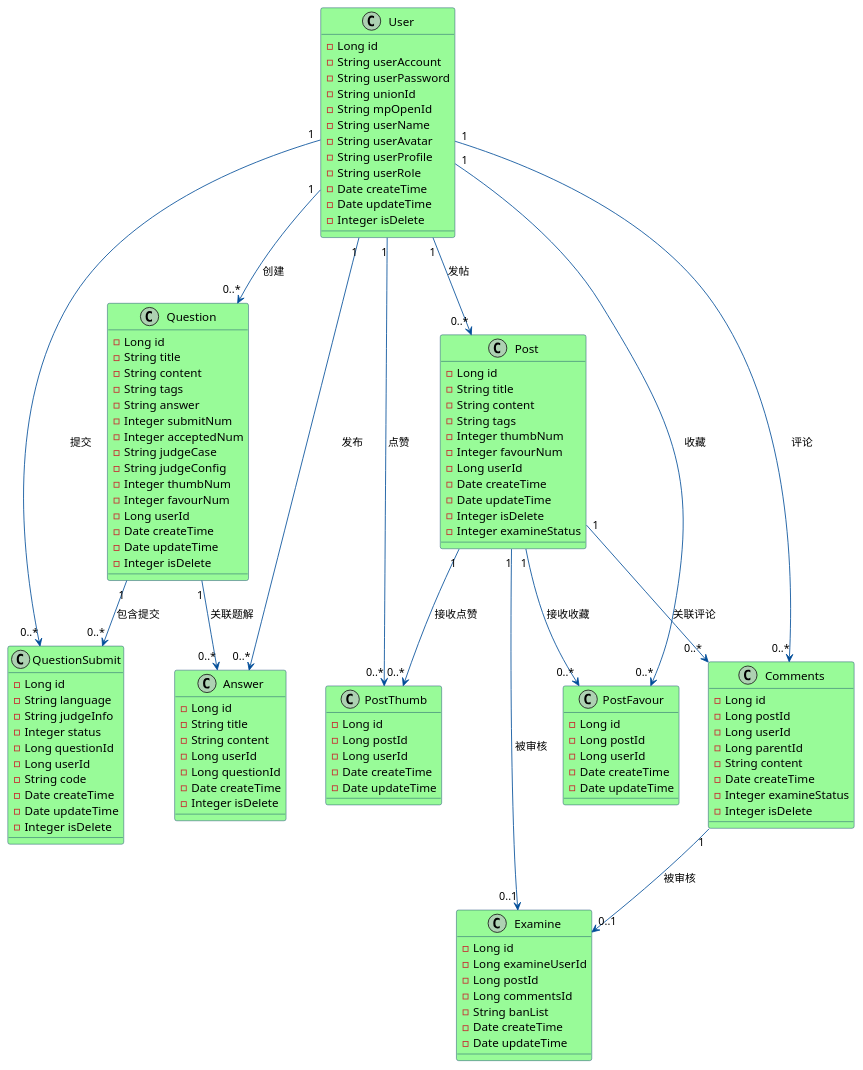
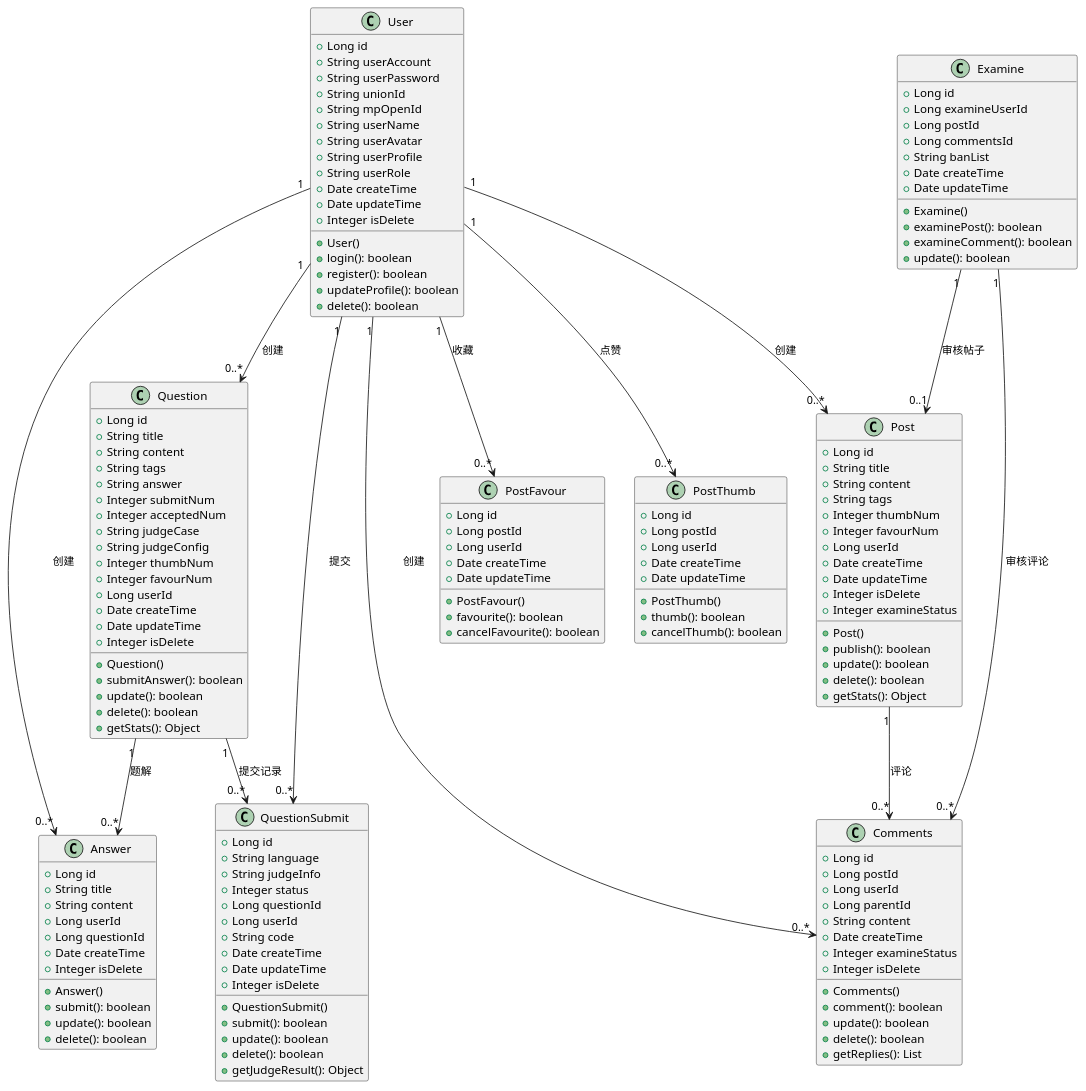
Before and after one commit to Zhu-WeiMing/oj-system: the diagram in oj-backend-Microservices/uml/类图.puml, drawn with PlantUML. The commit also changed 12 other files, not shown here.

```diff
--- a/oj-backend-Microservices/uml/类图.puml
+++ b/oj-backend-Microservices/uml/类图.puml
@@ -1,134 +1,173 @@
 @startuml
-skinparam class {
-    BackgroundColor PaleGreen
-    ArrowColor #004D99
-    BorderColor #003366
+
+class User {
+  + Long id
+  + String userAccount
+  + String userPassword
+  + String unionId
+  + String mpOpenId
+  + String userName
+  + String userAvatar
+  + String userProfile
+  + String userRole
+  + Date createTime
+  + Date updateTime
+  + Integer isDelete
+
+  + User()
+  + login(): boolean
+  + register(): boolean
+  + updateProfile(): boolean
+  + delete(): boolean
 }
 
-class User {
-  - Long id
-  - String userAccount
-  - String userPassword
-  - String unionId
-  - String mpOpenId
-  - String userName
-  - String userAvatar
-  - String userProfile
-  - String userRole
-  - Date createTime
-  - Date updateTime
-  - Integer isDelete
+class Post {
+  + Long id
+  + String title
+  + String content
+  + String tags
+  + Integer thumbNum
+  + Integer favourNum
+  + Long userId
+  + Date createTime
+  + Date updateTime
+  + Integer isDelete
+  + Integer examineStatus
+
+  + Post()
+  + publish(): boolean
+  + update(): boolean
+  + delete(): boolean
+  + getStats(): Object
 }
 
 class Question {
-  - Long id
-  - String title
-  - String content
-  - String tags
-  - String answer
-  - Integer submitNum
-  - Integer acceptedNum
-  - String judgeCase
-  - String judgeConfig
-  - Integer thumbNum
-  - Integer favourNum
-  - Long userId
-  - Date createTime
-  - Date updateTime
-  - Integer isDelete
+  + Long id
+  + String title
+  + String content
+  + String tags
+  + String answer
+  + Integer submitNum
+  + Integer acceptedNum
+  + String judgeCase
+  + String judgeConfig
+  + Integer thumbNum
+  + Integer favourNum
+  + Long userId
+  + Date createTime
+  + Date updateTime
+  + Integer isDelete
+
+  + Question()
+  + submitAnswer(): boolean
+  + update(): boolean
+  + delete(): boolean
+  + getStats(): Object
+}
+
+class Answer {
+  + Long id
+  + String title
+  + String content
+  + Long userId
+  + Long questionId
+  + Date createTime
+  + Integer isDelete
+
+  + Answer()
+  + submit(): boolean
+  + update(): boolean
+  + delete(): boolean
+}
+
+class Comments {
+  + Long id
+  + Long postId
+  + Long userId
+  + Long parentId
+  + String content
+  + Date createTime
+  + Integer examineStatus
+  + Integer isDelete
+
+  + Comments()
+  + comment(): boolean
+  + update(): boolean
+  + delete(): boolean
+  + getReplies(): List
+}
+
+class Examine {
+  + Long id
+  + Long examineUserId
+  + Long postId
+  + Long commentsId
+  + String banList
+  + Date createTime
+  + Date updateTime
+
+  + Examine()
+  + examinePost(): boolean
+  + examineComment(): boolean
+  + update(): boolean
+}
+
+class PostFavour {
+  + Long id
+  + Long postId
+  + Long userId
+  + Date createTime
+  + Date updateTime
+
+  + PostFavour()
+  + favourite(): boolean
+  + cancelFavourite(): boolean
+}
+
+class PostThumb {
+  + Long id
+  + Long postId
+  + Long userId
+  + Date createTime
+  + Date updateTime
+
+  + PostThumb()
+  + thumb(): boolean
+  + cancelThumb(): boolean
 }
 
 class QuestionSubmit {
-  - Long id
-  - String language
-  - String judgeInfo
-  - Integer status
-  - Long questionId
-  - Long userId
-  - String code
-  - Date createTime
-  - Date updateTime
-  - Integer isDelete
+  + Long id
+  + String language
+  + String judgeInfo
+  + Integer status
+  + Long questionId
+  + Long userId
+  + String code
+  + Date createTime
+  + Date updateTime
+  + Integer isDelete
+
+  + QuestionSubmit()
+  + submit(): boolean
+  + update(): boolean
+  + delete(): boolean
+  + getJudgeResult(): Object
 }
 
-class Answer {
-  - Long id
-  - String title
-  - String content
-  - Long userId
-  - Long questionId
-  - Date createTime
-  - Integer isDelete
-}
+User "1" --> "0..*" Post : 创建
+User "1" --> "0..*" PostFavour : 收藏
+User "1" --> "0..*" PostThumb : 点赞
+User "1" --> "0..*" Question : 创建
+User "1" --> "0..*" Answer : 创建
+User "1" --> "0..*" Comments : 创建
+User "1" --> "0..*" QuestionSubmit : 提交
 
-class Post {
-  - Long id
-  - String title
-  - String content
-  - String tags
-  - Integer thumbNum
-  - Integer favourNum
-  - Long userId
-  - Date createTime
-  - Date updateTime
-  - Integer isDelete
-  - Integer examineStatus
-}
+Post "1" --> "0..*" Comments : 评论
+Question "1" --> "0..*" Answer : 题解
+Question "1" --> "0..*" QuestionSubmit : 提交记录
 
-class PostThumb {
-  - Long id
-  - Long postId
-  - Long userId
-  - Date createTime
-  - Date updateTime
-}
-
-class PostFavour {
-  - Long id
-  - Long postId
-  - Long userId
-  - Date createTime
-  - Date updateTime
-}
-
-class Comments {
-  - Long id
-  - Long postId
-  - Long userId
-  - Long parentId
-  - String content
-  - Date createTime
-  - Integer examineStatus
-  - Integer isDelete
-}
-
-class Examine {
-  - Long id
-  - Long examineUserId
-  - Long postId
-  - Long commentsId
-  - String banList
-  - Date createTime
-  - Date updateTime
-}
-
-' 核心关系定义
-User "1" --> "0..*" Question : 创建
-User "1" --> "0..*" QuestionSubmit : 提交
-User "1" --> "0..*" Answer : 发布
-User "1" --> "0..*" Post : 发帖
-User "1" --> "0..*" PostThumb : 点赞
-User "1" --> "0..*" PostFavour : 收藏
-User "1" --> "0..*" Comments : 评论
-
-Question "1" --> "0..*" QuestionSubmit : 包含提交
-Question "1" --> "0..*" Answer : 关联题解
-
-Post "1" --> "0..*" PostThumb : 接收点赞
-Post "1" --> "0..*" PostFavour : 接收收藏
-Post "1" --> "0..*" Comments : 关联评论
-
-Comments "1" --> "0..1" Examine : 被审核
-Post "1" --> "0..1" Examine : 被审核
+Examine "1" --> "0..1" Post : 审核帖子
+Examine "1" --> "0..*" Comments : 审核评论
 
 @enduml
```
